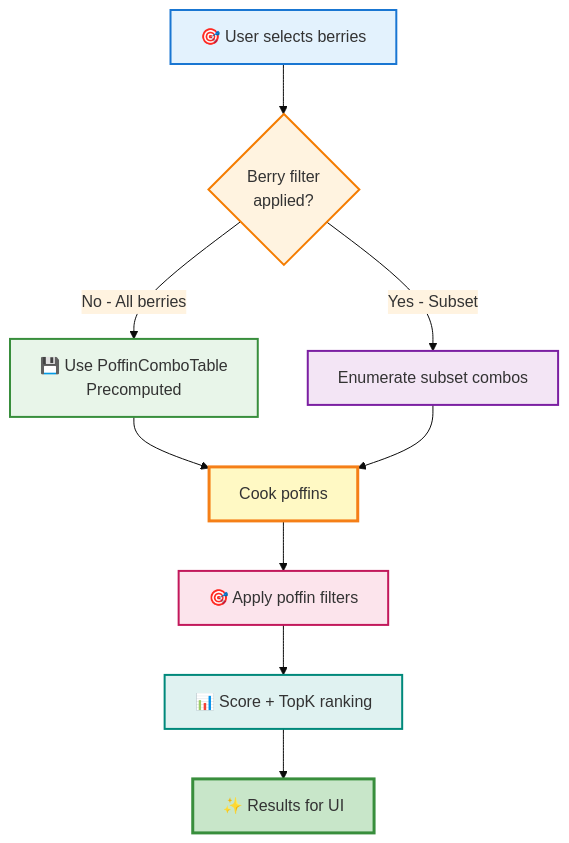
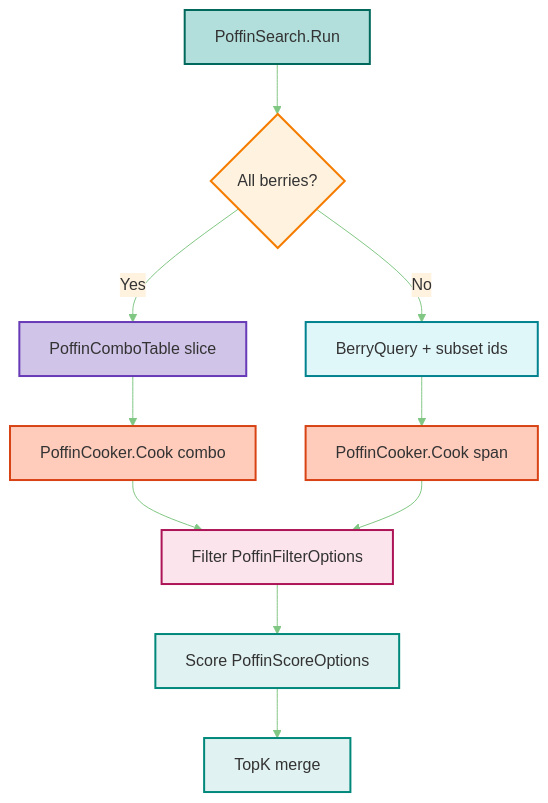
Before and after one commit to GlassToeStudio/BDSP: the fourth of 5 diagrams in docs/Berries.Diagrams.md, drawn with Mermaid. The commit also changed other lines of this file, not shown here.

Commit message:
update diagrams

````diff
--- a/docs/Berries.Diagrams.md
+++ b/docs/Berries.Diagrams.md
@@ -290,24 +334,24 @@
 ```mermaid
-%%{init: {'theme':'base', 'themeVariables': { 'primaryColor':'#e8f5e9','secondaryColor':'#fff3e0','tertiaryColor':'#e1f5fe'}}}%%
+%%{init: {'theme':'base', 'themeVariables': { 'primaryColor':'#e8f5e9','secondaryColor':'#fff3e0','tertiaryColor':'#e1f5fe', 'lineColor':'#81c784'}}}%%
 
 flowchart TD
-    A[🎯 User selects berries] --> B{Berry filter<br/>applied?}
-    B -->|No - All berries| C[💾 Use PoffinComboTable<br/>Precomputed]
-    B -->|Yes - Subset| D[Enumerate subset combos]
+    A[PoffinSearch.Run] --> B{All berries?}
+    B -->|Yes| C[PoffinComboTable slice]
+    B -->|No| D[BerryQuery + subset ids]
+    C --> E[PoffinCooker.Cook combo]
+    D --> F[PoffinCooker.Cook span]
+    E --> G[Filter PoffinFilterOptions]
+    F --> G
+    G --> H[Score PoffinScoreOptions]
+    H --> I[TopK merge]
     
-    C --> E[Cook poffins]
-    D --> E
-    
-    E --> F[🎯 Apply poffin filters]
-    F --> G[📊 Score + TopK ranking]
-    G --> H[✨ Results for UI]
-    
-    style A fill:#e3f2fd,stroke:#1976d2,stroke-width:2px
+    style A fill:#b2dfdb,stroke:#00695c,stroke-width:2px
     style B fill:#fff3e0,stroke:#f57c00,stroke-width:2px
-    style C fill:#e8f5e9,stroke:#388e3c,stroke-width:2px
-    style D fill:#f3e5f5,stroke:#7b1fa2,stroke-width:2px
-    style E fill:#fff9c4,stroke:#f57f17,stroke-width:3px
-    style F fill:#fce4ec,stroke:#c2185b,stroke-width:2px
-    style G fill:#e0f2f1,stroke:#00897b,stroke-width:2px
-    style H fill:#c8e6c9,stroke:#388e3c,stroke-width:3px
+    style C fill:#d1c4e9,stroke:#673ab7,stroke-width:2px
+    style D fill:#e0f7fa,stroke:#00838f,stroke-width:2px
+    style E fill:#ffccbc,stroke:#d84315,stroke-width:2px
+    style F fill:#ffccbc,stroke:#d84315,stroke-width:2px
+    style G fill:#fce4ec,stroke:#ad1457,stroke-width:2px
+    style H fill:#e0f2f1,stroke:#00897b,stroke-width:2px
+    style I fill:#e0f2f1,stroke:#00897b,stroke-width:2px
 ```
````
